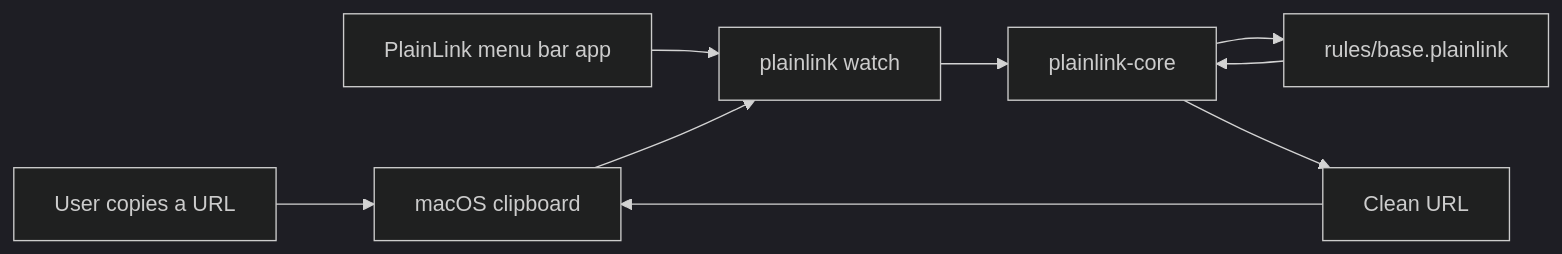
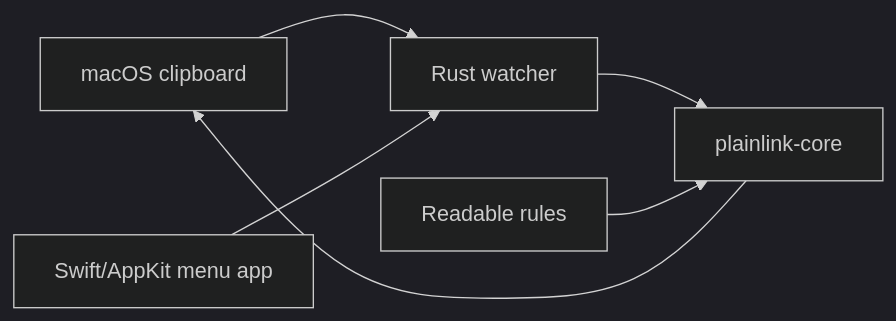
The diagram in README.md (HexCodeYT/PlainLink), drawn with Mermaid (dark theme) before and after one commit. The commit also changed other lines of this file and 4 other files, not shown here.

````diff
--- a/README.md
+++ b/README.md
@@ -102,11 +104,8 @@
 ```mermaid
 flowchart LR
-    Copy["User copies a URL"] --> Clipboard["macOS clipboard"]
-    Menu["PlainLink menu bar app"] --> Watcher["plainlink watch"]
-    Clipboard --> Watcher
+    Clipboard["macOS clipboard"] --> Watcher["Rust watcher"]
+    Menu["Swift/AppKit menu app"] --> Watcher
     Watcher --> Engine["plainlink-core"]
-    Engine --> Rules["rules/base.plainlink"]
-    Rules --> Engine
-    Engine --> Cleaned["Clean URL"]
-    Cleaned --> Clipboard
+    Rules["Readable rules"] --> Engine
+    Engine --> Clipboard
 ```
````
